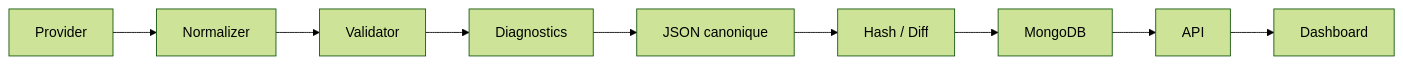
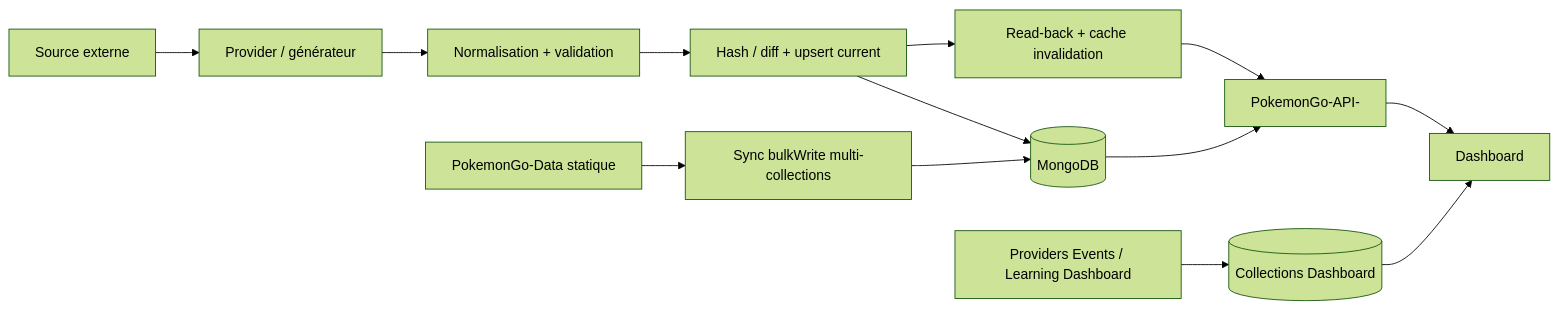
Before and after one commit to Matthieu-Vachet/dashboard_Admin: the second of 2 diagrams in docs/codex/Tome 1 — Foundation (Fondations)/DOC-006-architecture-overview.md, drawn with Mermaid (forest theme). The commit also changed other lines of this file and 76 other files, not shown here.

First line of the commit message:
feat(trainer-pokemon): implement trainer Pokémon references, repository, and schema

````diff
--- a/docs/codex/Tome 1 — Foundation (Fondations)/DOC-006-architecture-overview.md
+++ b/docs/codex/Tome 1 — Foundation (Fondations)/DOC-006-architecture-overview.md
@@ -131,13 +146,17 @@
 ```mermaid
 flowchart LR
+  EXT[Source externe] --> GEN[Provider / générateur]
+  GEN --> VALID[Normalisation + validation]
+  VALID --> CURRENT[Hash / diff + upsert current]
+  CURRENT --> READ[Read-back + cache invalidation]
+  READ --> API[PokemonGo-API-]
+  API --> DASH[Dashboard]
 
-A[Provider]
--->B[Normalizer]
--->C[Validator]
--->D[Diagnostics]
--->E[JSON canonique]
--->F[Hash / Diff]
--->G[MongoDB]
--->H[API]
--->I[Dashboard]
+  DATA[PokemonGo-Data statique] --> SYNC[Sync bulkWrite multi-collections]
+  SYNC --> MONGO[(MongoDB)]
+  CURRENT --> MONGO
+  MONGO --> API
+
+  EVENTS[Providers Events / Learning Dashboard] --> DMONGO[(Collections Dashboard)]
+  DMONGO --> DASH
 ```
````
